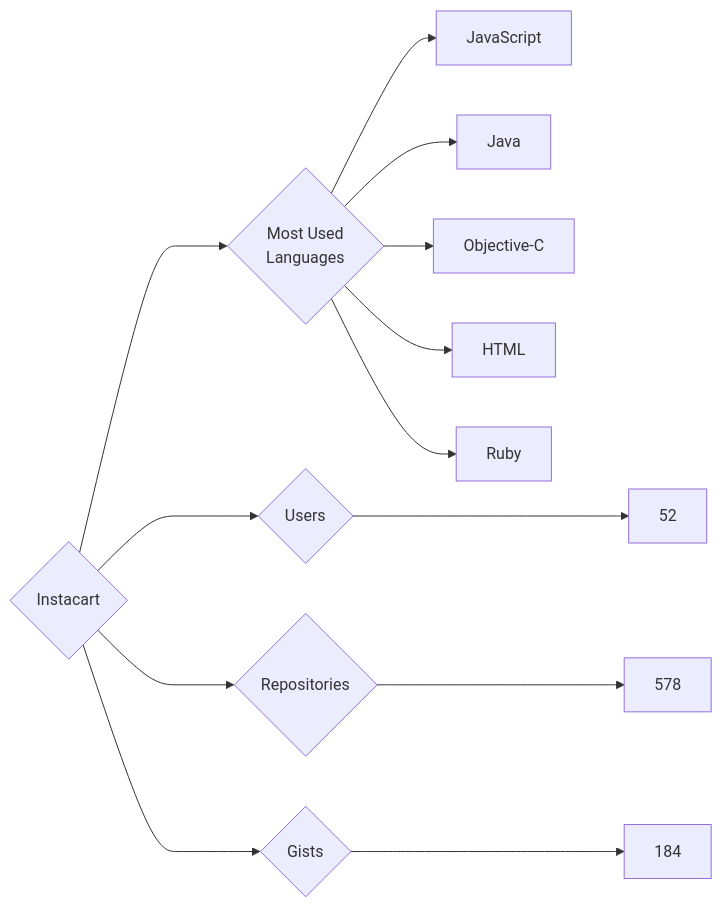
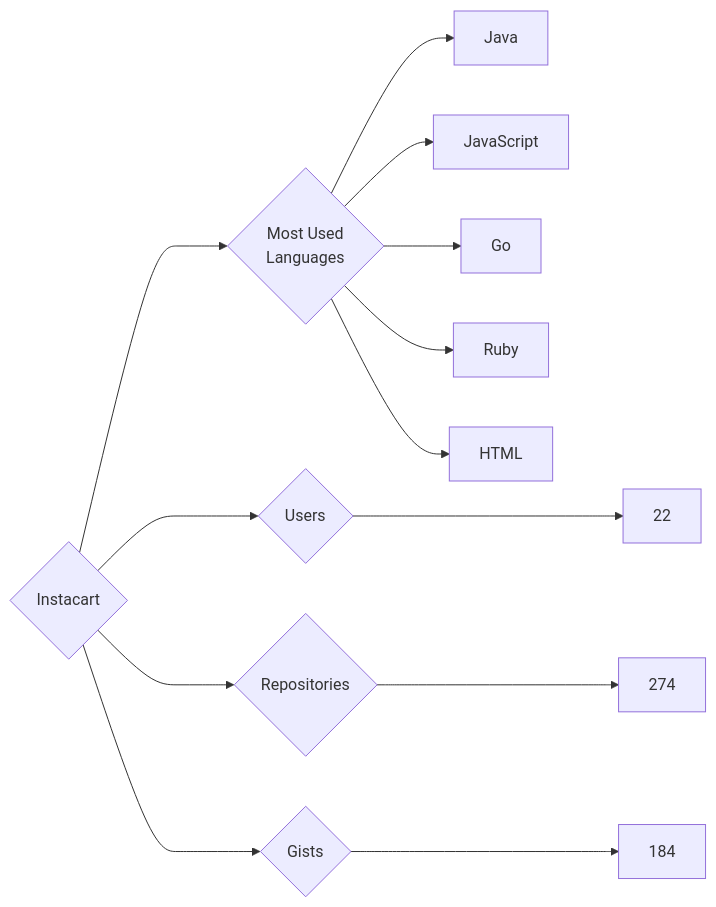
Before and after one commit to trickest/insiders: the diagram in targets/Instacart/README.md, drawn with Mermaid. The commit also changed 873 other files, not shown here.

````diff
--- a/targets/Instacart/README.md
+++ b/targets/Instacart/README.md
@@ -3,13 +3,13 @@
 ```mermaid
 graph LR
 COMPANY_NAME{Instacart}
-COMPANY_NAME ---> U{Users} ---> UN[52]
-COMPANY_NAME ---> R{Repositories} ---> RN[578]
+COMPANY_NAME ---> U{Users} ---> UN[22]
+COMPANY_NAME ---> R{Repositories} ---> RN[274]
 COMPANY_NAME ---> G{Gists} ---> GN[184]
 COMPANY_NAME ---> ML{Most Used<br>Languages}
+ML --> Java[Java]
 ML --> JavaScript[JavaScript]
-ML --> Java[Java]
-ML --> Objective-C[Objective-C]
+ML --> Go[Go]
+ML --> Ruby[Ruby]
 ML --> HTML[HTML]
-ML --> Ruby[Ruby]
 ```
````
